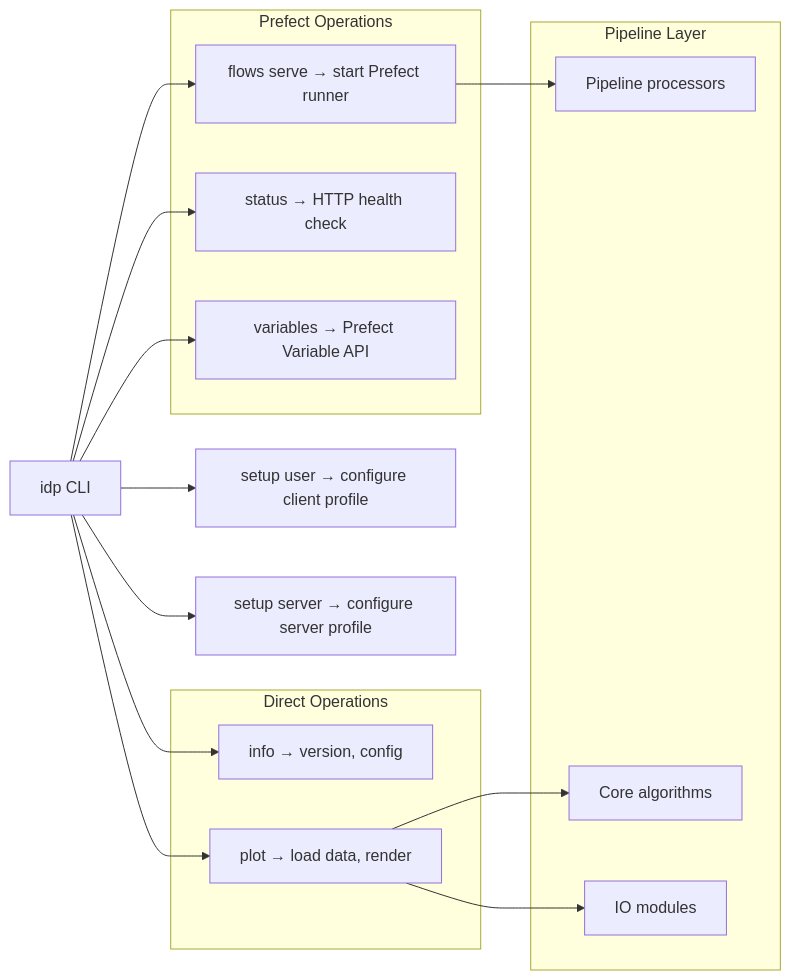
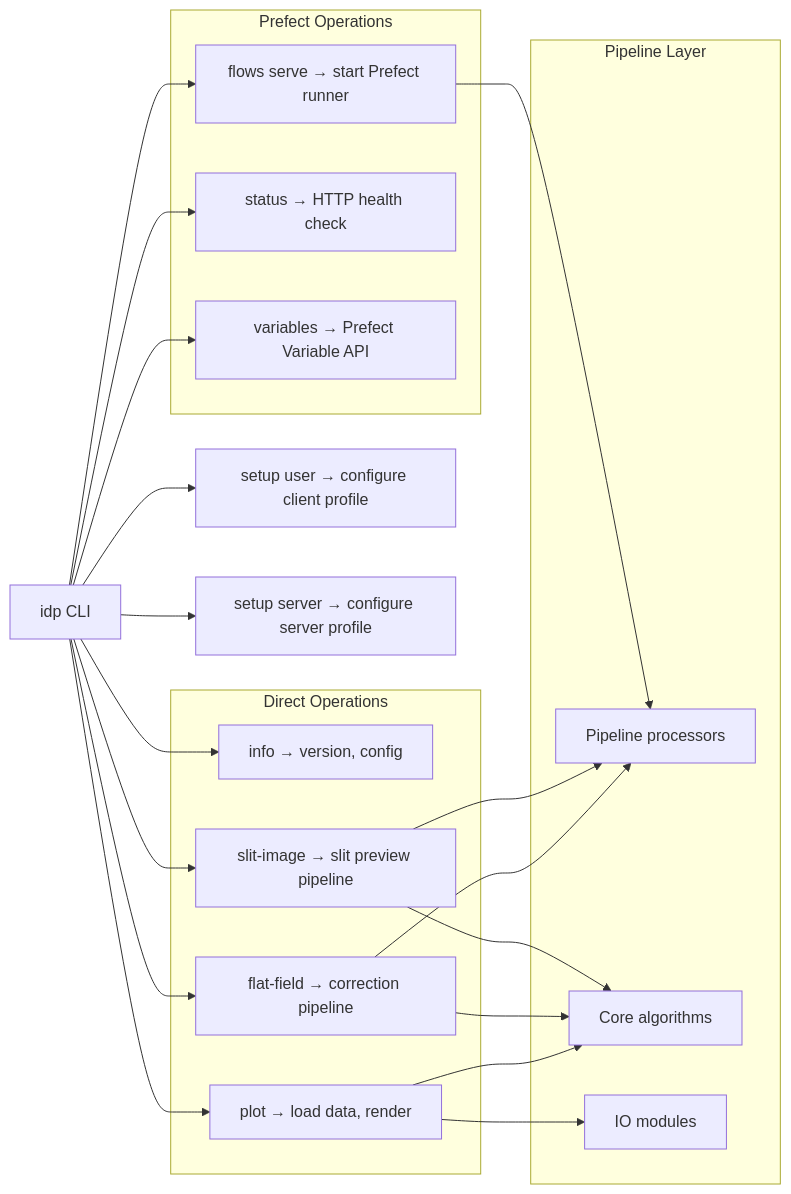
Before and after one commit to cdeldon/irsol-data-pipeline: the second of 2 diagrams in docs/cli/cli_usage.md, drawn with Mermaid. The commit also changed other lines of this file and 12 other files, not shown here.

First line of the commit message:
feat: add `idp flat-field apply` and `idp slit-image generate` CLI commands (#53)

````diff
--- a/docs/cli/cli_usage.md
+++ b/docs/cli/cli_usage.md
@@ -331,35 +561,43 @@
 ```mermaid
 flowchart LR
     CLI["idp CLI"]
 
     subgraph "Direct Operations"
         INFO_CMD["info → version, config"]
         PLOT_CMD["plot → load data, render"]
+        FF_CMD["flat-field → correction pipeline"]
+        SI_CMD["slit-image → slit preview pipeline"]
     end
 
     subgraph "Prefect Operations"
         SERVE_CMD["flows serve → start Prefect runner"]
         STATUS_CMD["status → HTTP health check"]
         VARS_CMD["variables → Prefect Variable API"]
     end
 
     subgraph "Pipeline Layer"
         PIPELINE["Pipeline processors"]
         CORE["Core algorithms"]
         IO_MOD["IO modules"]
     end
 
     CLI --> INFO_CMD
     CLI --> PLOT_CMD
+    CLI --> FF_CMD
+    CLI --> SI_CMD
     CLI --> SERVE_CMD
     CLI --> STATUS_CMD
     CLI --> VARS_CMD
     SETUP_USER_CMD["setup user → configure client profile"]
     SETUP_SERVER_CMD["setup server → configure server profile"]
     CLI --> SETUP_USER_CMD
     CLI --> SETUP_SERVER_CMD
 
     PLOT_CMD --> IO_MOD
     PLOT_CMD --> CORE
+    FF_CMD --> PIPELINE
+    FF_CMD --> CORE
+    SI_CMD --> PIPELINE
+    SI_CMD --> CORE
     SERVE_CMD --> PIPELINE
 ```
````
